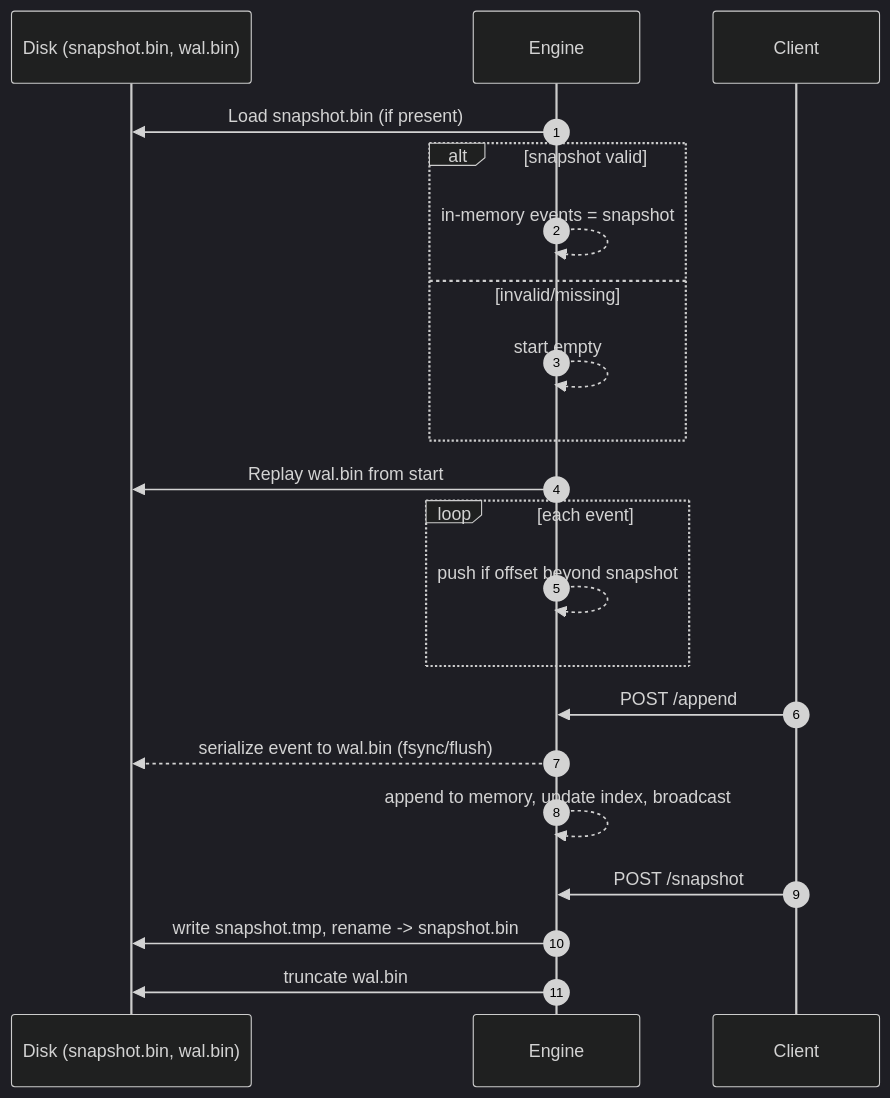
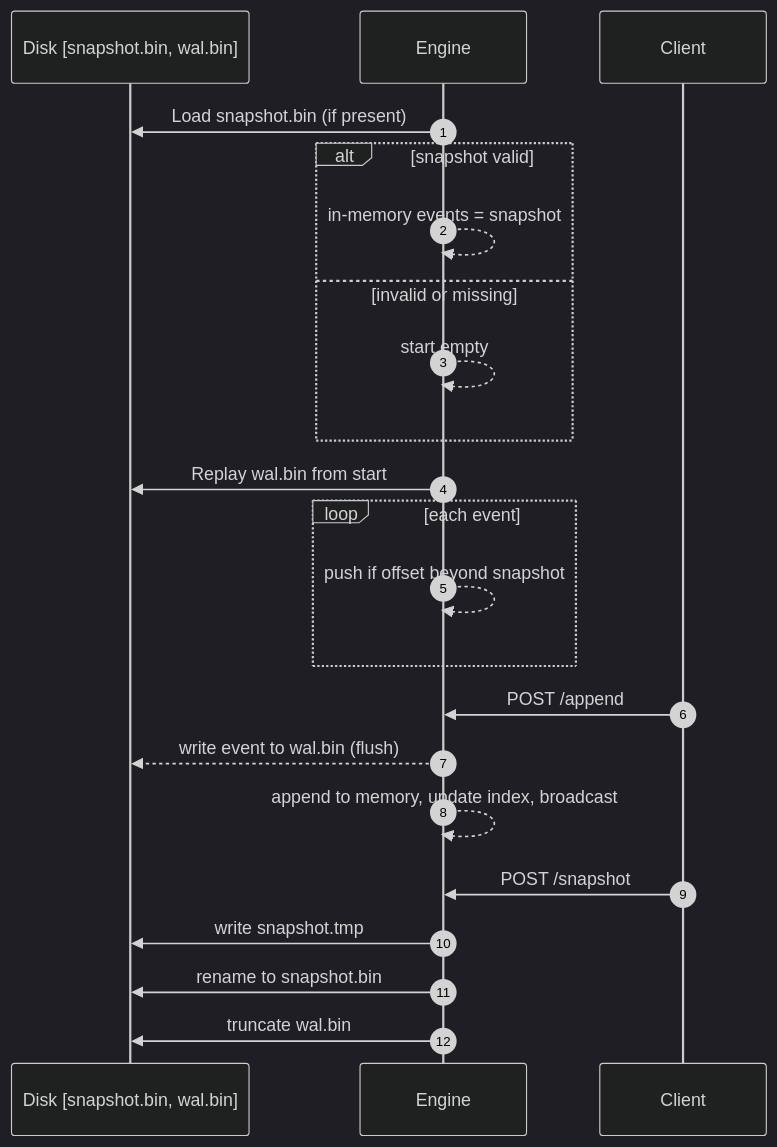
Before and after one commit to KyroDB/KyroDB: the second of 2 diagrams in README.md, drawn with Mermaid (dark theme). The commit also changed other lines of this file and 2 other files, not shown here.

Commit message:
architecture addition

````diff
--- a/README.md
+++ b/README.md
@@ -141,24 +142,25 @@
 ```mermaid
 sequenceDiagram
   autonumber
-  participant Disk as Disk (snapshot.bin, wal.bin)
+  participant Disk as Disk [snapshot.bin, wal.bin]
   participant Engine as Engine
   participant Client as Client
 
   Engine->>Disk: Load snapshot.bin (if present)
   alt snapshot valid
     Engine-->>Engine: in-memory events = snapshot
-  else invalid/missing
+  else invalid or missing
     Engine-->>Engine: start empty
   end
   Engine->>Disk: Replay wal.bin from start
   loop each event
     Engine-->>Engine: push if offset beyond snapshot
   end
   Client->>Engine: POST /append
-  Engine-->>Disk: serialize event to wal.bin (fsync/flush)
+  Engine-->>Disk: write event to wal.bin (flush)
   Engine-->>Engine: append to memory, update index, broadcast
   Client->>Engine: POST /snapshot
-  Engine->>Disk: write snapshot.tmp, rename -> snapshot.bin
+  Engine->>Disk: write snapshot.tmp
+  Engine->>Disk: rename to snapshot.bin
   Engine->>Disk: truncate wal.bin
 ```
````
